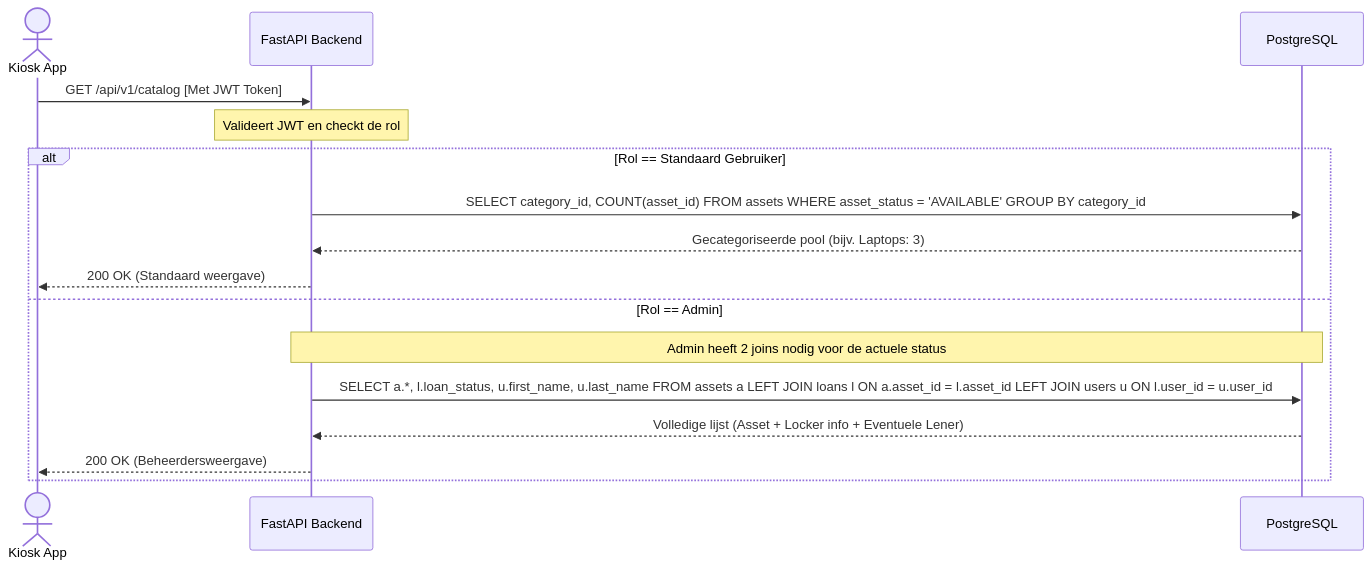
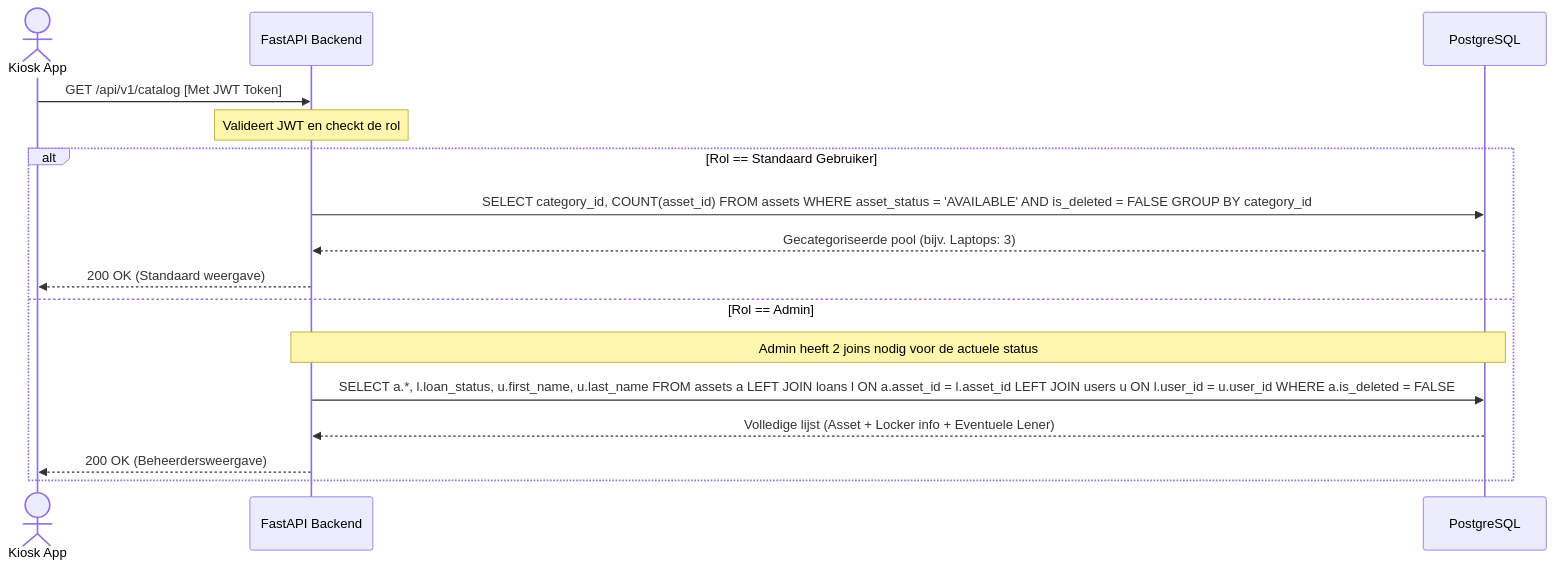
Before and after one commit to easylend-practice-enterprise/easylend: the diagram in docs/diagrams/sequence_catalog.mmd, drawn with Mermaid.

Commit message:
Potential fix for pull request finding

```diff
--- a/docs/diagrams/sequence_catalog.mmd
+++ b/docs/diagrams/sequence_catalog.mmd
@@ -1,18 +1,18 @@
 sequenceDiagram
     actor Client as Kiosk App
     participant API as FastAPI Backend
     participant DB as PostgreSQL
 
     Client->>API: GET /api/v1/catalog [Met JWT Token]
     Note over API: Valideert JWT en checkt de rol
 
     alt Rol == Standaard Gebruiker
-        API->>DB: SELECT category_id, COUNT(asset_id) FROM assets WHERE asset_status = 'AVAILABLE' GROUP BY category_id
+        API->>DB: SELECT category_id, COUNT(asset_id) FROM assets WHERE asset_status = 'AVAILABLE' AND is_deleted = FALSE GROUP BY category_id
         DB-->>API: Gecategoriseerde pool (bijv. Laptops: 3)
         API-->>Client: 200 OK (Standaard weergave)
     else Rol == Admin
         Note over API,DB: Admin heeft 2 joins nodig voor de actuele status
-        API->>DB: SELECT a.*, l.loan_status, u.first_name, u.last_name FROM assets a LEFT JOIN loans l ON a.asset_id = l.asset_id LEFT JOIN users u ON l.user_id = u.user_id
+        API->>DB: SELECT a.*, l.loan_status, u.first_name, u.last_name FROM assets a LEFT JOIN loans l ON a.asset_id = l.asset_id LEFT JOIN users u ON l.user_id = u.user_id WHERE a.is_deleted = FALSE
         DB-->>API: Volledige lijst (Asset + Locker info + Eventuele Lener)
         API-->>Client: 200 OK (Beheerdersweergave)
     end
```
